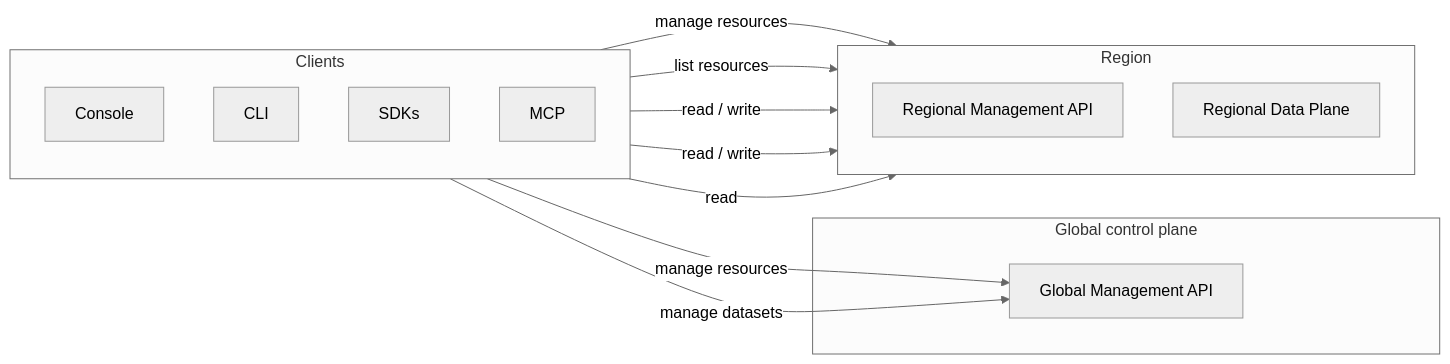
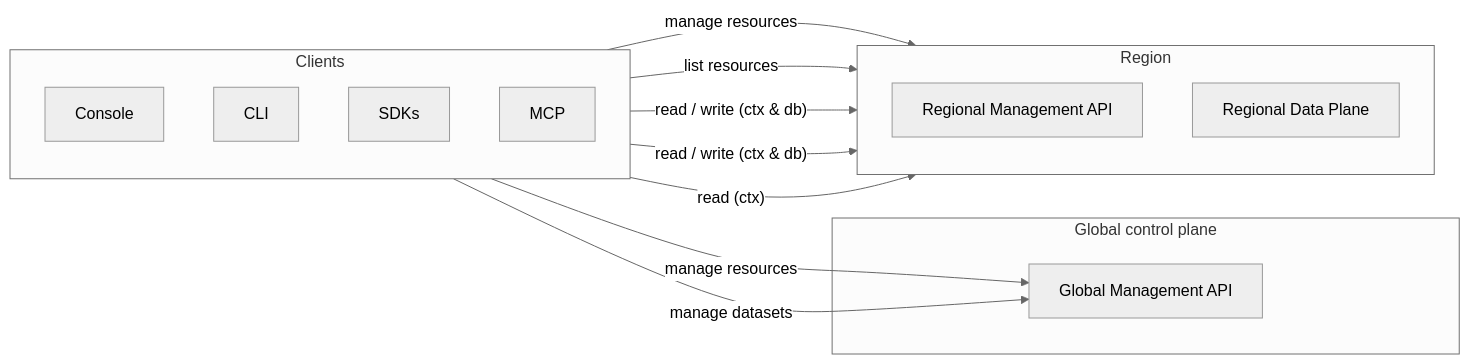
One commit to topk-io/topk changed the first of 7 diagrams in docs/architecture.mdx. Above: the diagram before and after it, drawn with Mermaid (neutral theme). The commit also changed other lines of this file, not shown here.

````diff
--- a/docs/architecture.mdx
+++ b/docs/architecture.mdx
@@ -72,30 +66,30 @@
 ```mermaid
 flowchart LR
     subgraph clients[Clients]
         direction TB
         Console[Console]
         CLI[CLI]
         SDK[SDKs]
         MCP[MCP]
     end
 
     subgraph global[Global control plane]
         GCP[Global Management API]
     end
 
     subgraph region[Region]
         direction TB
         RCP[Regional Management API]
         RDP[Regional Data Plane]
     end
 
     Console -->|manage resources| GCP
-    CLI -->|manage datasets| GCP
 
     SDK -->|manage resources| RCP
     MCP -->|list resources| RCP
 
-    CLI -->|read / write| RDP
-    SDK -->|read / write| RDP
-    MCP -->|read| RDP
+    CLI -->|"read / write (ctx & db)"| RDP
+    CLI -->|manage datasets| GCP
+    SDK -->|"read / write (ctx & db)"| RDP
+    MCP -->|"read (ctx)"| RDP
 ```
````
